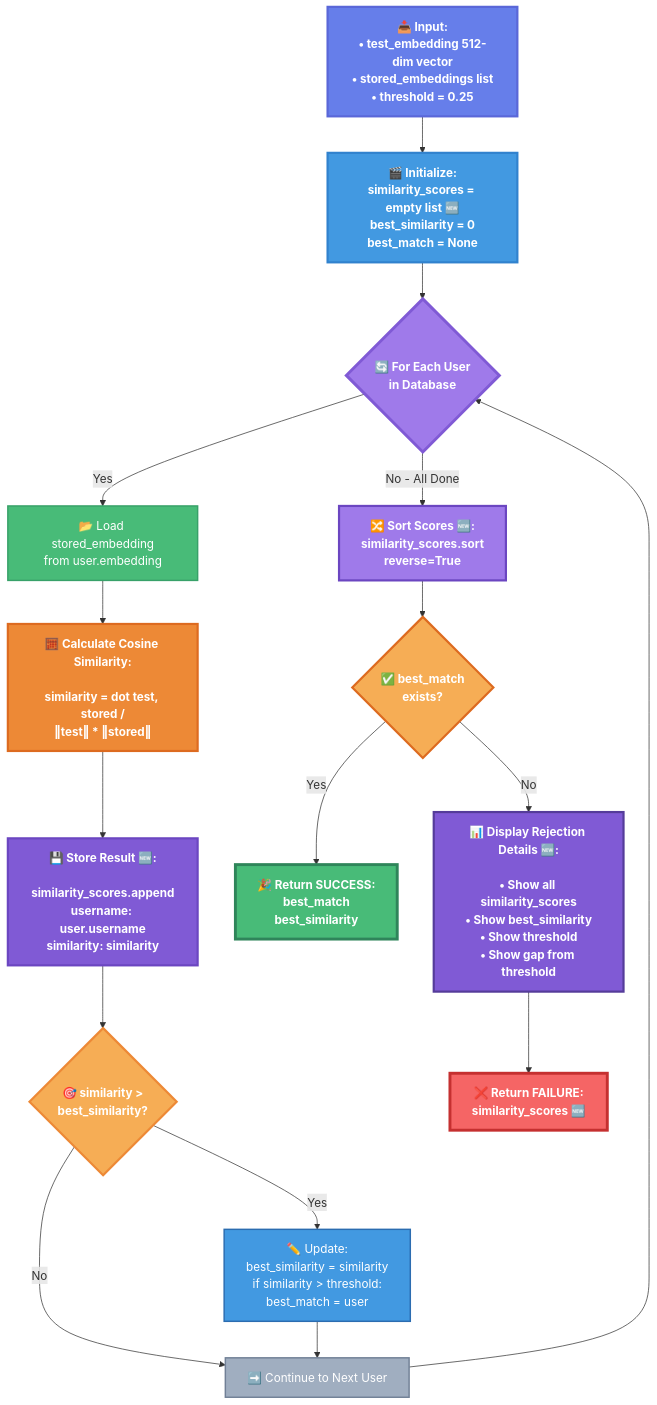
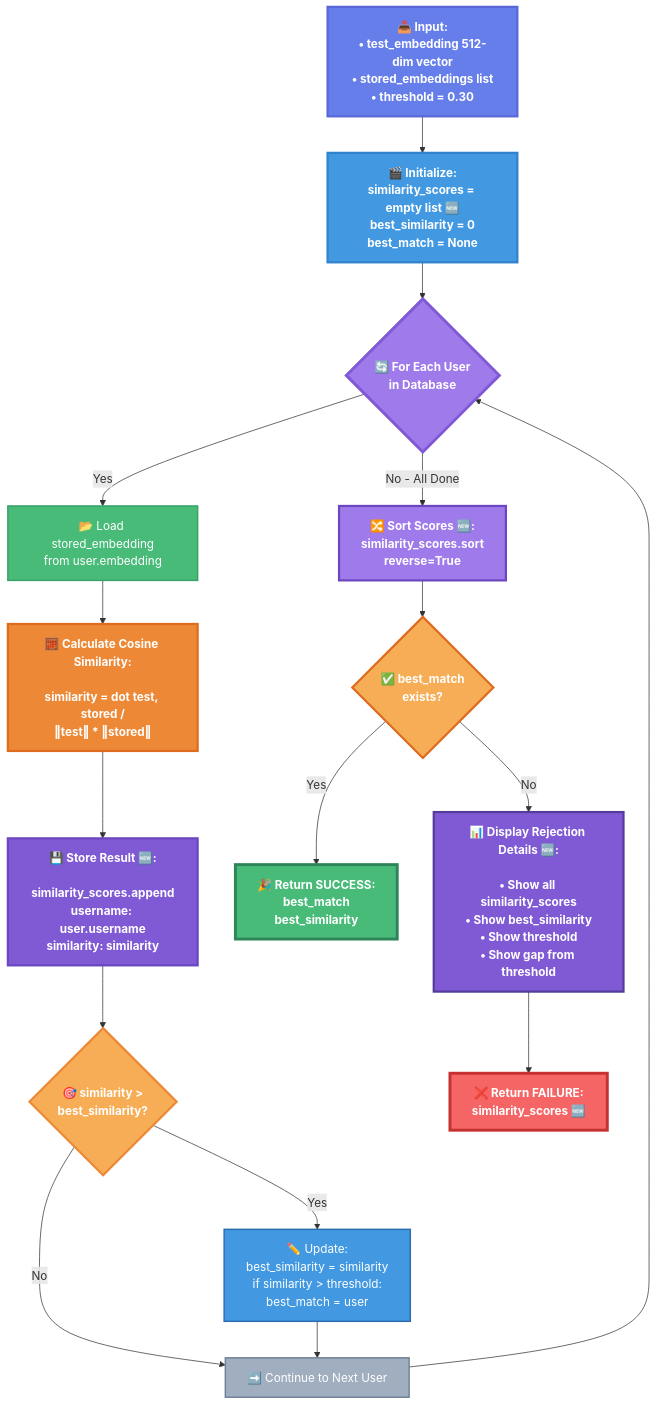
Before and after one commit to Deepanshuguptacode/Face-authorization-System: the second of 7 diagrams in WORKFLOW_MERMAID.md, drawn with Mermaid. The commit also changed other lines of this file, not shown here.

Commit message:
Update threshold values in workflow diagram

````diff
--- a/WORKFLOW_MERMAID.md
+++ b/WORKFLOW_MERMAID.md
@@ -75,62 +75,62 @@
 ```mermaid
 flowchart TB
-    Input[📥 Input:<br/>• test_embedding 512-dim vector<br/>• stored_embeddings list<br/>• threshold = 0.25]:::inputNode
+    Input[📥 Input:<br/>• test_embedding 512-dim vector<br/>• stored_embeddings list<br/>• threshold = 0.30]:::inputNode
     
     Init[🎬 Initialize:<br/>similarity_scores = empty list 🆕<br/>best_similarity = 0<br/>best_match = None]:::initNode
     
     Loop{🔄 For Each User<br/>in Database}:::loopNode
     
     LoadEmbed[📂 Load stored_embedding<br/>from user.embedding]:::loadNode
     
     CalcSim[🧮 Calculate Cosine Similarity:<br/><br/>similarity = dot test, stored /<br/>‖test‖ * ‖stored‖]:::calcNode
     
     StoreScore[💾 Store Result 🆕:<br/><br/>similarity_scores.append<br/>username: user.username<br/>similarity: similarity]:::storeNode
     
     TrackBest{🎯 similarity ><br/>best_similarity?}:::trackNode
     
     UpdateBest[✏️ Update:<br/>best_similarity = similarity<br/>if similarity > threshold:<br/>best_match = user]:::updateNode
     
     Continue[➡️ Continue to Next User]:::continueNode
     
     Sort[🔀 Sort Scores 🆕:<br/>similarity_scores.sort<br/>reverse=True]:::sortNode
     
     CheckMatch{✅ best_match<br/>exists?}:::checkNode
     
     ReturnSuccess[🎉 Return SUCCESS:<br/>best_match<br/>best_similarity]:::successNode
     
     DisplayReject[📊 Display Rejection Details 🆕:<br/><br/>• Show all similarity_scores<br/>• Show best_similarity<br/>• Show threshold<br/>• Show gap from threshold]:::rejectNode
     
     ReturnFail[❌ Return FAILURE:<br/>similarity_scores 🆕]:::failNode
     
     Input --> Init
     Init --> Loop
     Loop -->|Yes| LoadEmbed
     LoadEmbed --> CalcSim
     CalcSim --> StoreScore
     StoreScore --> TrackBest
     TrackBest -->|Yes| UpdateBest
     TrackBest -->|No| Continue
     UpdateBest --> Continue
     Continue --> Loop
     Loop -->|No - All Done| Sort
     Sort --> CheckMatch
     CheckMatch -->|Yes| ReturnSuccess
     CheckMatch -->|No| DisplayReject
     DisplayReject --> ReturnFail
     
     %% Styling
     classDef inputNode fill:#667EEA,stroke:#5A67D8,stroke-width:3px,color:#fff,font-weight:bold
     classDef initNode fill:#4299E1,stroke:#3182CE,stroke-width:3px,color:#fff,font-weight:bold
     classDef loopNode fill:#9F7AEA,stroke:#805AD5,stroke-width:4px,color:#fff,font-weight:bold
     classDef loadNode fill:#48BB78,stroke:#38A169,stroke-width:2px,color:#fff
     classDef calcNode fill:#ED8936,stroke:#DD6B20,stroke-width:3px,color:#fff,font-weight:bold
     classDef storeNode fill:#805AD5,stroke:#6B46C1,stroke-width:3px,color:#fff,font-weight:bold
     classDef trackNode fill:#F6AD55,stroke:#ED8936,stroke-width:3px,color:#fff,font-weight:bold
     classDef updateNode fill:#4299E1,stroke:#2B6CB0,stroke-width:2px,color:#fff
     classDef continueNode fill:#A0AEC0,stroke:#718096,stroke-width:2px,color:#fff
     classDef sortNode fill:#9F7AEA,stroke:#6B46C1,stroke-width:3px,color:#fff,font-weight:bold
     classDef checkNode fill:#F6AD55,stroke:#DD6B20,stroke-width:3px,color:#fff,font-weight:bold
     classDef successNode fill:#48BB78,stroke:#2F855A,stroke-width:4px,color:#fff,font-weight:bold
     classDef rejectNode fill:#805AD5,stroke:#553C9A,stroke-width:3px,color:#fff,font-weight:bold
     classDef failNode fill:#F56565,stroke:#C53030,stroke-width:4px,color:#fff,font-weight:bold
 ```
````
